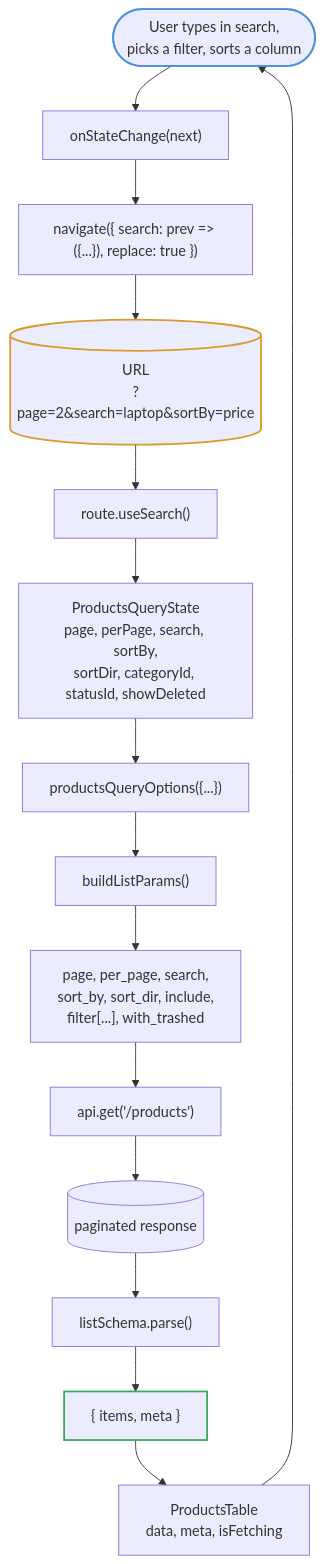
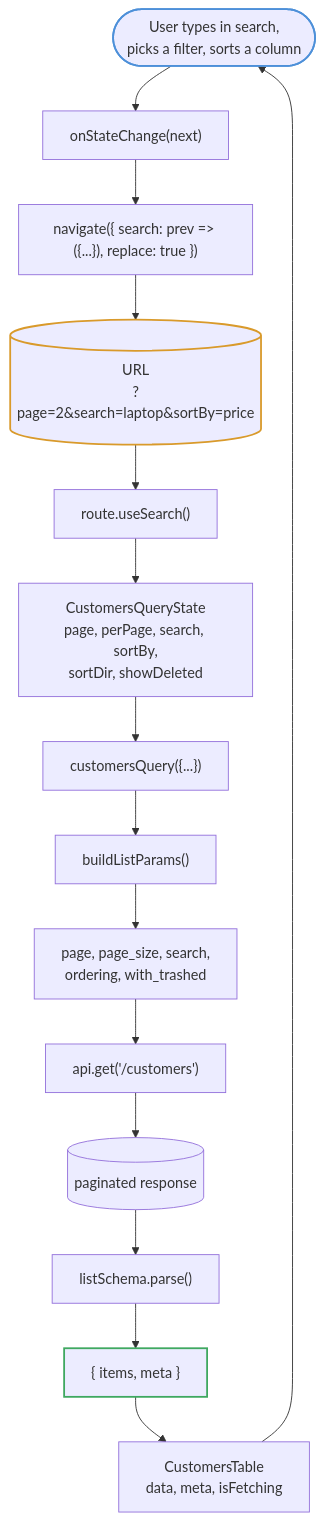
One commit to TGCTZ/TGC-SERVICE-FRONTEND changed the first of 4 diagrams in docs/diagrams/list-table-flow.md. Above: the diagram before and after it, drawn with Mermaid. The commit also changed other lines of this file and 18 other files, not shown here.

````diff
--- a/docs/diagrams/list-table-flow.md
+++ b/docs/diagrams/list-table-flow.md
@@ -8,23 +8,23 @@
 ```mermaid
 flowchart TD
     USER(["User types in search,<br/>picks a filter, sorts a column"]) --> HANDLER["onStateChange(next)"]
     HANDLER --> NAV["navigate({ search: prev => ({...}), replace: true })"]
     NAV --> URL[("URL<br/>?page=2&search=laptop&sortBy=price")]
 
     URL --> READ["route.useSearch()"]
-    READ --> STATE["ProductsQueryState<br/>page, perPage, search, sortBy,<br/>sortDir, categoryId, statusId, showDeleted"]
+    READ --> STATE["CustomersQueryState<br/>page, perPage, search, sortBy,<br/>sortDir, showDeleted"]
 
-    STATE --> OPTS["productsQueryOptions({...})"]
+    STATE --> OPTS["customersQuery({...})"]
     OPTS --> BUILD["buildListParams()"]
-    BUILD --> PARAMS["page, per_page, search,<br/>sort_by, sort_dir, include,<br/>filter[...], with_trashed"]
-    PARAMS --> GET["api.get('/products')"]
+    BUILD --> PARAMS["page, page_size, search,<br/>ordering, with_trashed"]
+    PARAMS --> GET["api.get('/customers')"]
     GET --> RESP[("paginated response")]
     RESP --> ZOD["listSchema.parse()"]
     ZOD --> NORM["{ items, meta }"]
-    NORM --> TABLE["ProductsTable<br/>data, meta, isFetching"]
+    NORM --> TABLE["CustomersTable<br/>data, meta, isFetching"]
     TABLE --> USER
 
     style USER stroke:#4d90d9,stroke-width:2px
     style URL stroke:#d99a2b,stroke-width:2px
     style NORM stroke:#3fa860,stroke-width:2px
 ```
````
